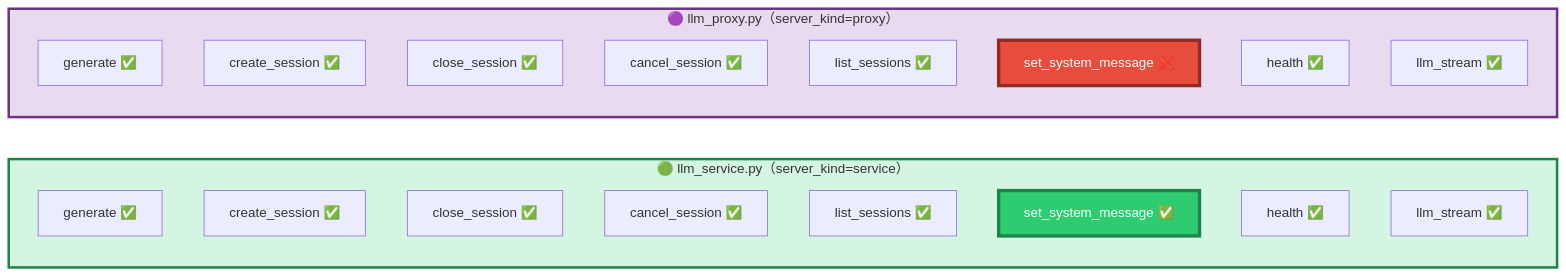
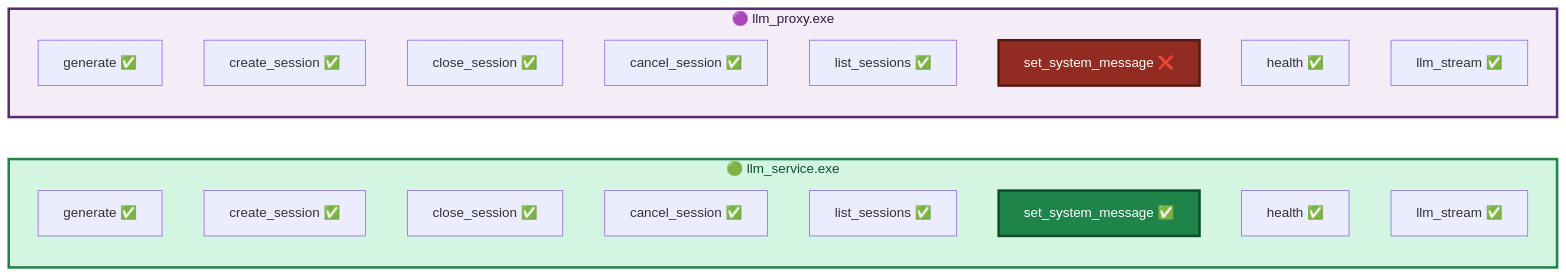
One commit to PassByYou888/LingoFuse-pasAgent changed the fourth of 28 diagrams in src/llm-service/LingoFuse_LLM_Ecosystem_User_Guide.md. Above: the diagram before and after it, drawn with Mermaid. The commit also changed other lines of this file, not shown here.

````diff
--- a/src/llm-service/LingoFuse_LLM_Ecosystem_User_Guide.md
+++ b/src/llm-service/LingoFuse_LLM_Ecosystem_User_Guide.md
@@ -103,29 +149,29 @@
 ```mermaid
 flowchart LR
-    subgraph LS["🟢 llm_service.py（server_kind=service）"]
+    subgraph LS["🟢 llm_service.exe"]
         L1["generate ✅"]
         L2["create_session ✅"]
         L3["close_session ✅"]
         L4["cancel_session ✅"]
         L5["list_sessions ✅"]
         L6["set_system_message ✅"]
         L7["health ✅"]
         L8["llm_stream ✅"]
     end
 
-    subgraph LP["🟣 llm_proxy.py（server_kind=proxy）"]
+    subgraph LP["🟣 llm_proxy.exe"]
         P1["generate ✅"]
         P2["create_session ✅"]
         P3["close_session ✅"]
         P4["cancel_session ✅"]
         P5["list_sessions ✅"]
         P6["set_system_message ❌"]
         P7["health ✅"]
         P8["llm_stream ✅"]
     end
 
-    style LS fill:#D5F5E3,stroke:#1E8449,stroke-width:3px
-    style LP fill:#E8DAEF,stroke:#6C3483,stroke-width:3px
-    style L6 fill:#2ECC71,stroke:#1E8449,stroke-width:4px,color:#FFFFFF
-    style P6 fill:#E74C3C,stroke:#922B21,stroke-width:4px,color:#FFFFFF
+    style LS fill:#D5F5E3,stroke:#1E8449,stroke-width:3px,color:#0E4D2A
+    style LP fill:#F4ECF7,stroke:#5B2C6F,stroke-width:3px,color:#321640
+    style L6 fill:#1E8449,stroke:#0E4D2A,stroke-width:3px,color:#FFFFFF
+    style P6 fill:#922B21,stroke:#5A1A14,stroke-width:3px,color:#FFFFFF
 ```
````
